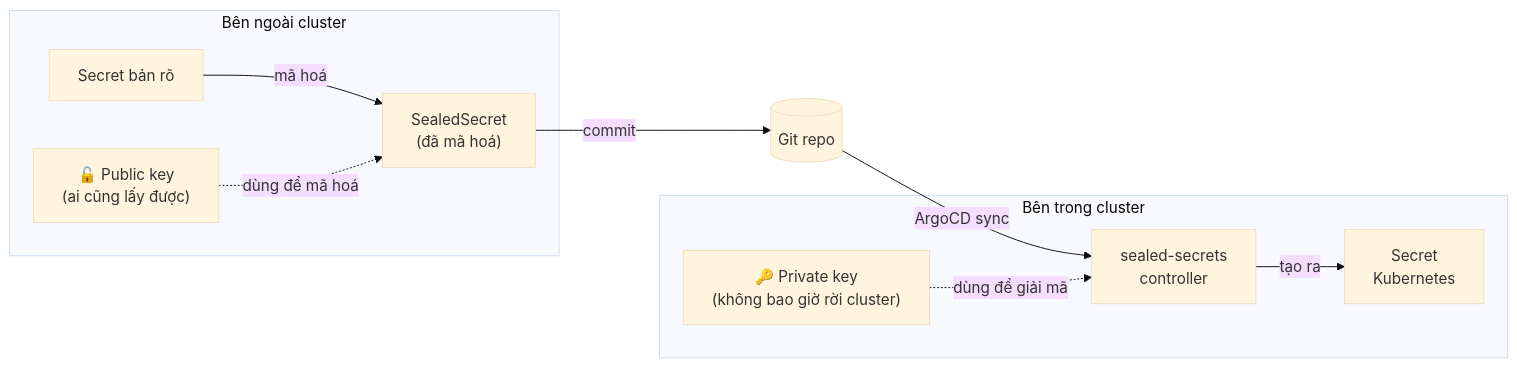
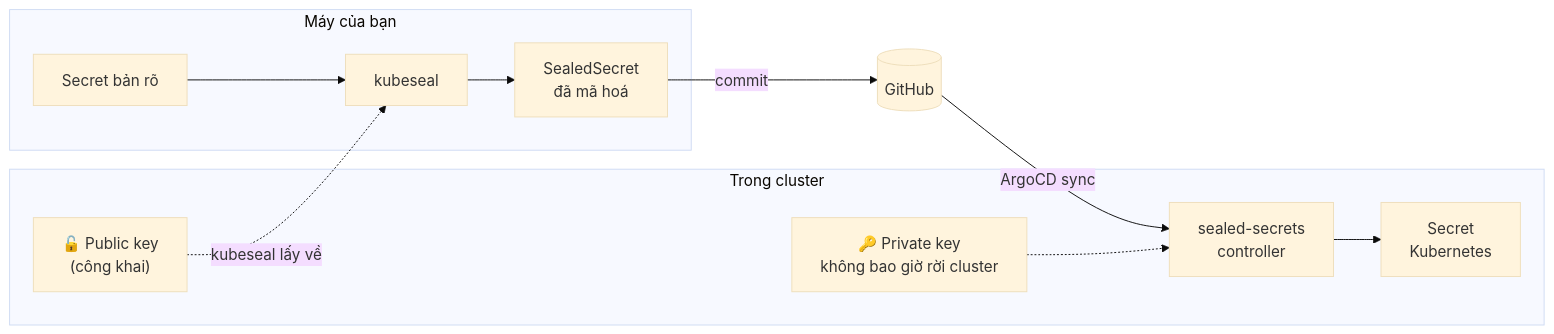
The first of 2 diagrams in docs/SECRET_MANAGEMENT.md (hunho247/HNQ-Infra), drawn with Mermaid (base theme) before and after one commit. The commit also changed other lines of this file and 3 other files, not shown here.

````diff
--- a/docs/SECRET_MANAGEMENT.md
+++ b/docs/SECRET_MANAGEMENT.md
@@ -69,23 +37,24 @@
 ```mermaid
 flowchart LR
-  subgraph Ngoai["Bên ngoài cluster"]
+  subgraph M["Máy của bạn"]
     P["Secret bản rõ"]
-    PUB["🔓 Public key<br/>(ai cũng lấy được)"]
-    SS["SealedSecret<br/>(đã mã hoá)"]
+    K["kubeseal"]
+    SS["SealedSecret<br/>đã mã hoá"]
   end
 
-  subgraph Trong["Bên trong cluster"]
+  subgraph C["Trong cluster"]
+    PUB["🔓 Public key<br/>(công khai)"]
     CTRL["sealed-secrets<br/>controller"]
-    PRIV["🔑 Private key<br/>(không bao giờ rời cluster)"]
+    PRIV["🔑 Private key<br/>không bao giờ rời cluster"]
     SEC["Secret<br/>Kubernetes"]
   end
 
-  GIT[(Git repo)]
+  GH[(GitHub)]
 
-  P -->|mã hoá| SS
-  PUB -.->|dùng để mã hoá| SS
-  SS -->|commit| GIT
-  GIT -->|ArgoCD sync| CTRL
-  PRIV -.->|dùng để giải mã| CTRL
-  CTRL -->|tạo ra| SEC
+  P --> K --> SS
+  PUB -.->|kubeseal lấy về| K
+  SS -->|commit| GH
+  GH -->|ArgoCD sync| CTRL
+  PRIV -.-> CTRL
+  CTRL --> SEC
 ```
````
